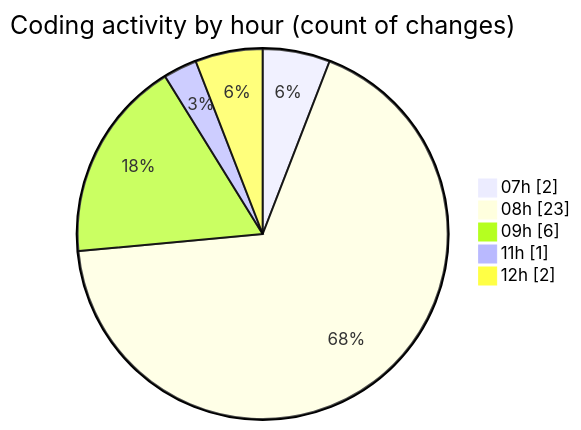
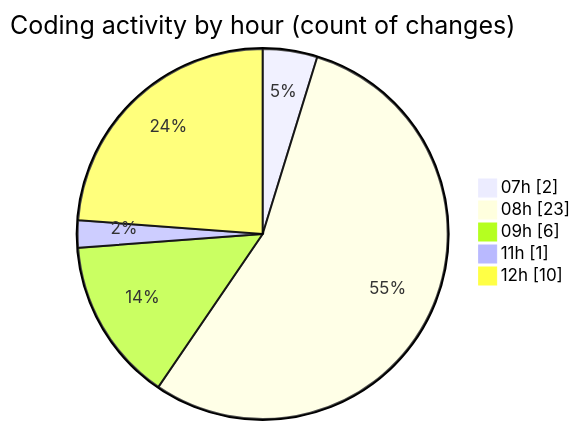
Before and after one commit to LanceThiago/code-tracking: the second of 2 diagrams in 2025-01-09/nueva_carpeta/README.md, drawn with Mermaid. The commit also changed other lines of this file and 1 other file, not shown here.

````diff
--- a/2025-01-09/nueva_carpeta/README.md
+++ b/2025-01-09/nueva_carpeta/README.md
@@ -28,9 +28,9 @@
 ```mermaid
 pie showData
 title Coding activity by hour (count of changes)
 "07h" : 2
 "08h" : 23
 "09h" : 6
 "11h" : 1
-"12h" : 2
+"12h" : 10
 ```
````
